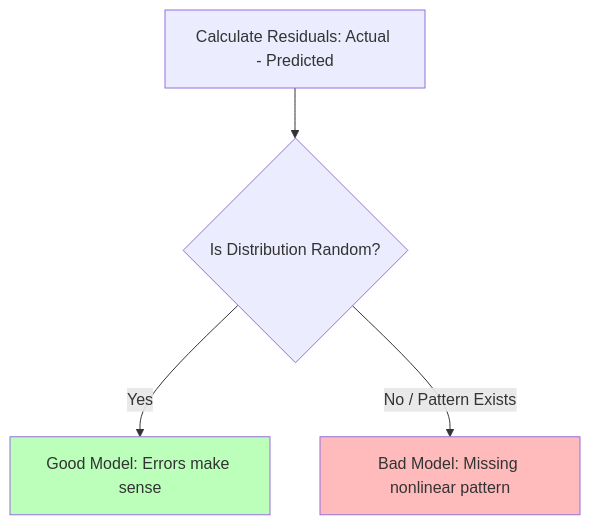
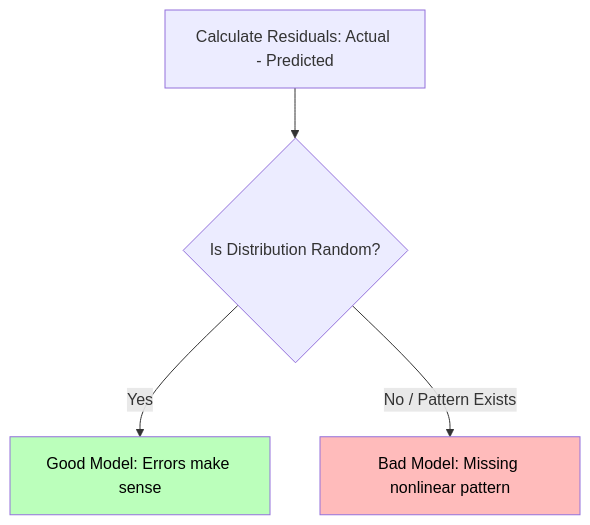
One commit to antonprafanto/dasarAI2026 changed diagram 11 of 11 in bab-09-evaluasi.md. Above: the diagram before and after it, drawn with Mermaid. The commit also changed other lines of this file and 1 other file, not shown here.

Commit message:
Fix: Improve diagram contrast (black text) and remove nested code blocks

````diff
--- a/bab-09-evaluasi.md
+++ b/bab-09-evaluasi.md
@@ -558,9 +558,9 @@
 ```mermaid
 graph TD
     Data[Calculate Residuals: Actual - Predicted] --> Check{Is Distribution Random?}
     Check -->|Yes| Good[Good Model: Errors make sense]
     Check -->|No / Pattern Exists| Bad[Bad Model: Missing nonlinear pattern]
 
-    style Good fill:#bfb
-    style Bad fill:#fbb
+    style Good fill:#bfb,color:#000
+    style Bad fill:#fbb,color:#000
 ```
````
